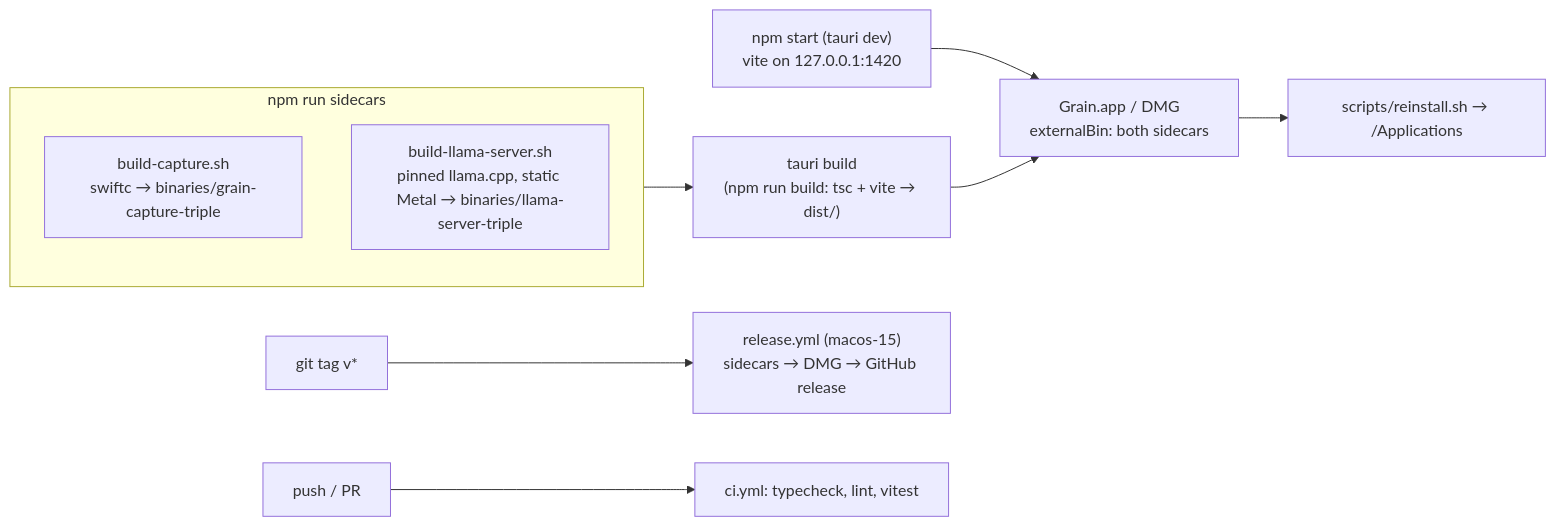
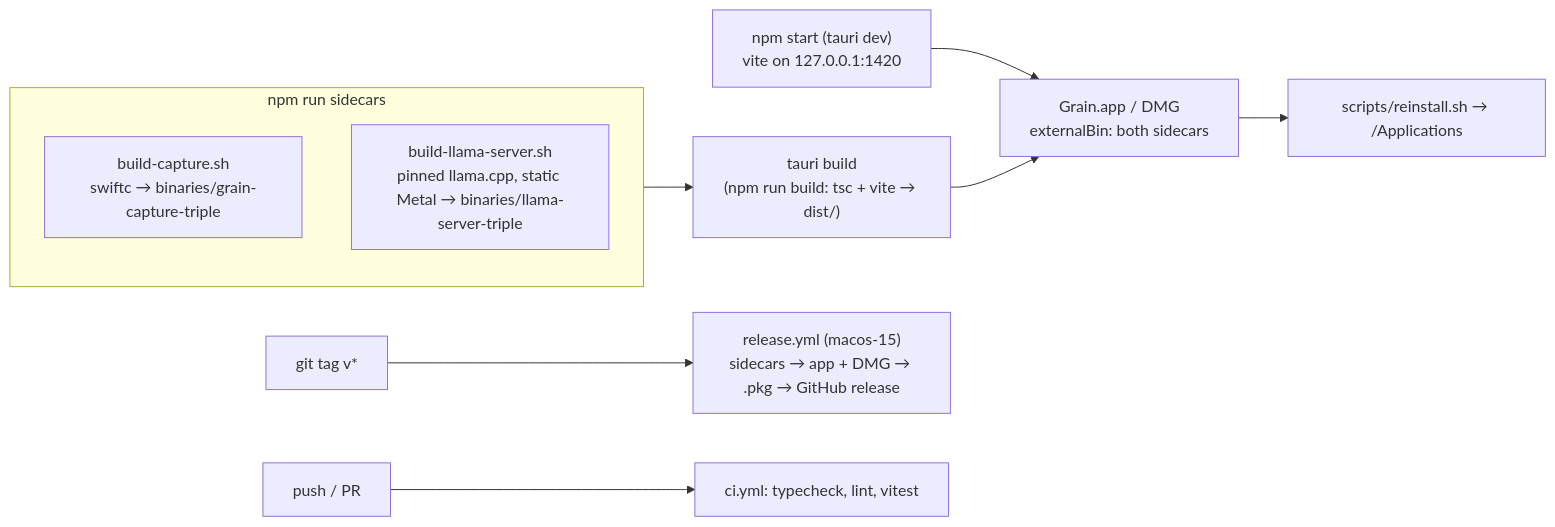
The ninth of 9 diagrams in docs/ARCHITECTURE.md (junbin-tan/grain), drawn with Mermaid before and after one commit. The commit also changed other lines of this file and 4 other files, not shown here.

First line of the commit message:
build(release): ship a .pkg installer that puts Grain in Applications

````diff
--- a/docs/ARCHITECTURE.md
+++ b/docs/ARCHITECTURE.md
@@ -404,13 +404,13 @@
 ```mermaid
 flowchart LR
   subgraph Sidecars["npm run sidecars"]
     BC["build-capture.sh<br/>swiftc → binaries/grain-capture-triple"]
     BL["build-llama-server.sh<br/>pinned llama.cpp, static Metal → binaries/llama-server-triple"]
   end
   Dev["npm start (tauri dev)<br/>vite on 127.0.0.1:1420"] --> App
   Sidecars --> Build["tauri build<br/>(npm run build: tsc + vite → dist/)"]
   Build --> App["Grain.app / DMG<br/>externalBin: both sidecars"]
   App --> RI["scripts/reinstall.sh → /Applications"]
-  Tag["git tag v*"] --> GH["release.yml (macos-15)<br/>sidecars → DMG → GitHub release"]
+  Tag["git tag v*"] --> GH["release.yml (macos-15)<br/>sidecars → app + DMG → .pkg → GitHub release"]
   PR["push / PR"] --> CI["ci.yml: typecheck, lint, vitest"]
 ```
````
